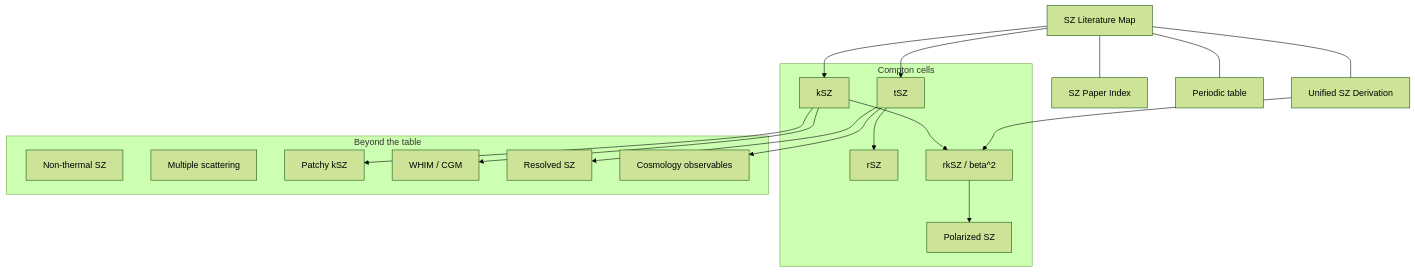
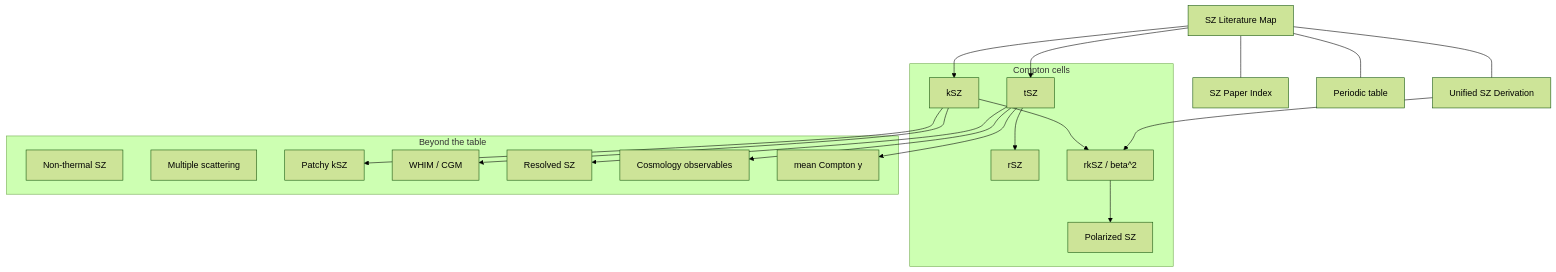
Before and after one commit to licongxu/SZ_physics: the diagram in README.md, drawn with Mermaid (forest theme). The commit also changed other lines of this file and 13 other files, not shown here.

````diff
--- a/README.md
+++ b/README.md
@@ -30,39 +30,41 @@
 ```mermaid
 flowchart TB
   Map["SZ Literature Map"]
   Der["Unified SZ Derivation"]
   Idx["SZ Paper Index"]
   Tab["Periodic table"]
 
   Map --- Der
   Map --- Idx
   Map --- Tab
 
   subgraph cells ["Compton cells"]
     tSZ["tSZ"]
     rSZ["rSZ"]
     kSZ["kSZ"]
     rkSZ["rkSZ / beta^2"]
     pol["Polarized SZ"]
   end
 
   subgraph extra ["Beyond the table"]
     ntSZ["Non-thermal SZ"]
     mult["Multiple scattering"]
     patchy["Patchy kSZ"]
     whim["WHIM / CGM"]
     res["Resolved SZ"]
     cosmo["Cosmology observables"]
+    gy["mean Compton y"]
   end
 
   Map --> tSZ
   Map --> kSZ
   Der --> rkSZ
   tSZ --> rSZ
   kSZ --> rkSZ
   rkSZ --> pol
   tSZ --> cosmo
   tSZ --> res
   kSZ --> whim
   kSZ --> patchy
+  tSZ --> gy
 ```
````
